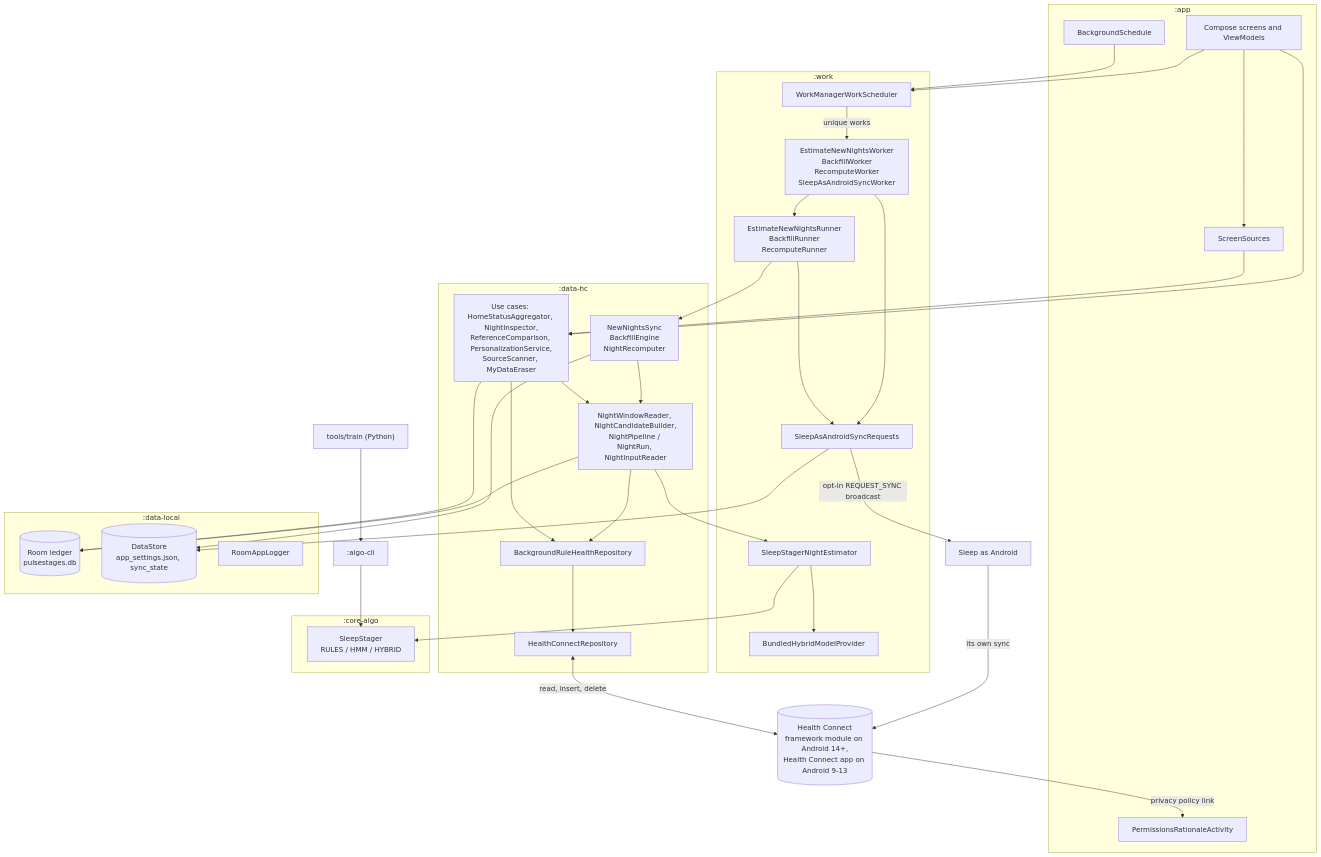
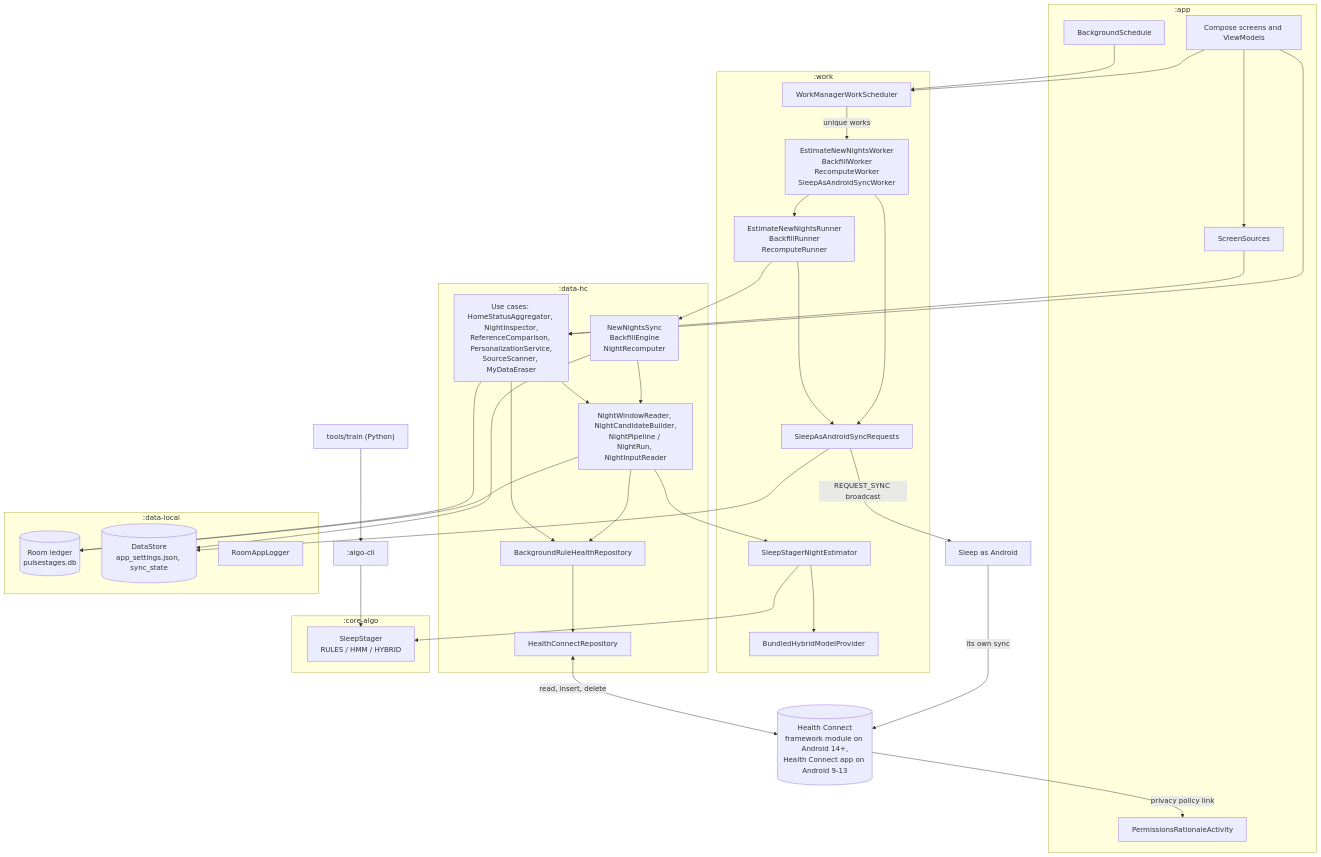
One commit to alien2003/PulseStages changed the second of 4 diagrams in docs/architecture.md. Above: the diagram before and after it, drawn with Mermaid. The commit also changed other lines of this file and 24 other files, not shown here.

````diff
--- a/docs/architecture.md
+++ b/docs/architecture.md
@@ -89,69 +89,69 @@
 ```mermaid
 flowchart TB
     HC[("Health Connect<br/>framework module on Android 14+,<br/>Health Connect app on Android 9-13")]
     SLEEP["Sleep as Android"]
 
     subgraph APP [":app"]
         UI["Compose screens and ViewModels"]
         RAT["PermissionsRationaleActivity"]
         BGS["BackgroundSchedule"]
         SCR["ScreenSources"]
     end
 
     subgraph WORK [":work"]
         SCHED["WorkManagerWorkScheduler"]
         WRK["EstimateNewNightsWorker<br/>BackfillWorker<br/>RecomputeWorker<br/>SleepAsAndroidSyncWorker"]
         RUN["EstimateNewNightsRunner<br/>BackfillRunner<br/>RecomputeRunner"]
         SAA["SleepAsAndroidSyncRequests"]
         EST["SleepStagerNightEstimator"]
         BUNDLE["BundledHybridModelProvider"]
     end
 
     subgraph DATAHC [":data-hc"]
         UC["Use cases: HomeStatusAggregator, NightInspector,<br/>ReferenceComparison, PersonalizationService,<br/>SourceScanner, MyDataEraser"]
         JOBS["NewNightsSync<br/>BackfillEngine<br/>NightRecomputer"]
         PIPE["NightWindowReader, NightCandidateBuilder,<br/>NightPipeline / NightRun, NightInputReader"]
         BGR["BackgroundRuleHealthRepository"]
         HCR["HealthConnectRepository"]
     end
 
     subgraph DATALOCAL [":data-local"]
         ROOM[("Room ledger<br/>pulsestages.db")]
         DS[("DataStore<br/>app_settings.json, sync_state")]
         LOG["RoomAppLogger"]
     end
 
     subgraph CORE [":core-algo"]
         STAGER["SleepStager<br/>RULES / HMM / HYBRID"]
     end
 
     CLI[":algo-cli"] --> STAGER
     TRAIN["tools/train (Python)"] --> CLI
 
     UI --> UC
     UI --> SCR
     UI --> SCHED
     SCR --> UC
     BGS --> SCHED
     SCHED -->|"unique works"| WRK
     WRK --> RUN
     WRK --> SAA
     RUN --> JOBS
     RUN --> SAA
     SAA --> DS
-    SAA -->|"opt-in REQUEST_SYNC broadcast"| SLEEP
+    SAA -->|"REQUEST_SYNC broadcast"| SLEEP
     SLEEP -->|"its own sync"| HC
     JOBS --> PIPE
     UC --> PIPE
     PIPE --> EST
     EST --> STAGER
     EST --> BUNDLE
     PIPE --> ROOM
     JOBS --> DS
     UC --> ROOM
     PIPE --> BGR
     UC --> BGR
     BGR --> HCR
     HCR <-->|"read, insert, delete"| HC
     HC -->|"privacy policy link"| RAT
 ```
````
